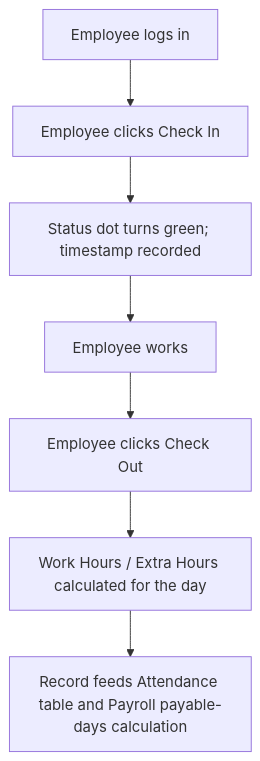
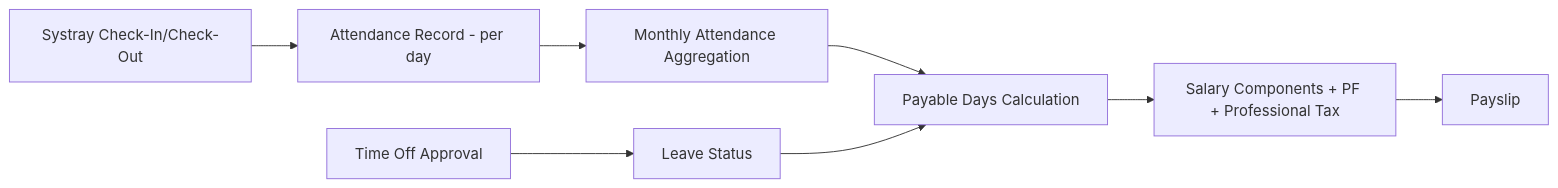
The third of 4 diagrams in PRD.md (akshadgujarkar/DayFlow-odoo), drawn with Mermaid before and after one commit. The commit also changed other lines of this file and 4 other files, not shown here.

````diff
--- a/PRD.md
+++ b/PRD.md
@@ -208,9 +223,10 @@
 ```mermaid
-flowchart TD
-    A[Employee logs in] --> B[Employee clicks Check In]
-    B --> C[Status dot turns green; timestamp recorded]
-    C --> D[Employee works]
-    D --> E[Employee clicks Check Out]
-    E --> F[Work Hours / Extra Hours calculated for the day]
-    F --> G[Record feeds Attendance table and Payroll payable-days calculation]
+flowchart LR
+    A[Systray Check-In/Check-Out] --> B[Attendance Record - per day]
+    B --> C[Monthly Attendance Aggregation]
+    D[Time Off Approval] --> E[Leave Status]
+    C --> F[Payable Days Calculation]
+    E --> F
+    F --> G[Salary Components + PF + Professional Tax]
+    G --> H[Payslip]
 ```
````
